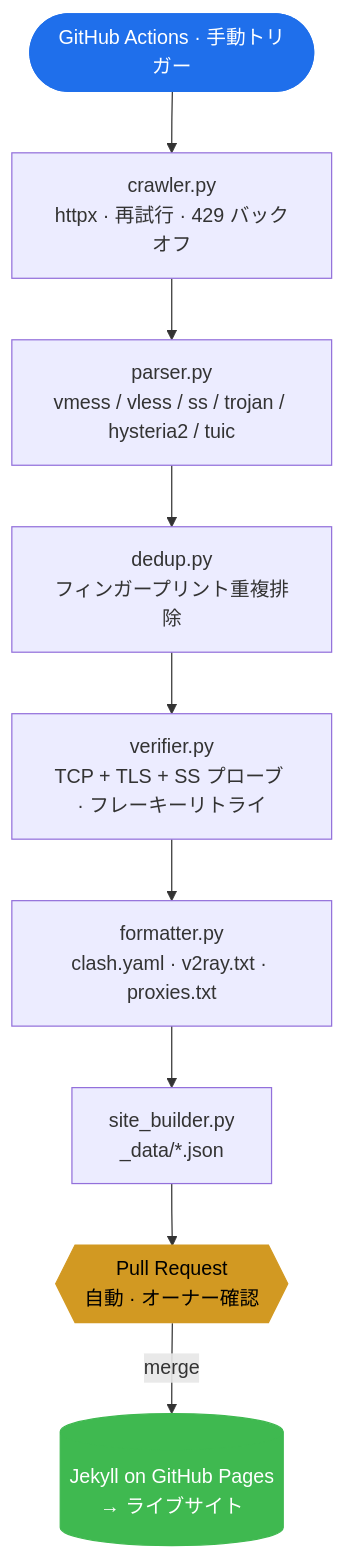
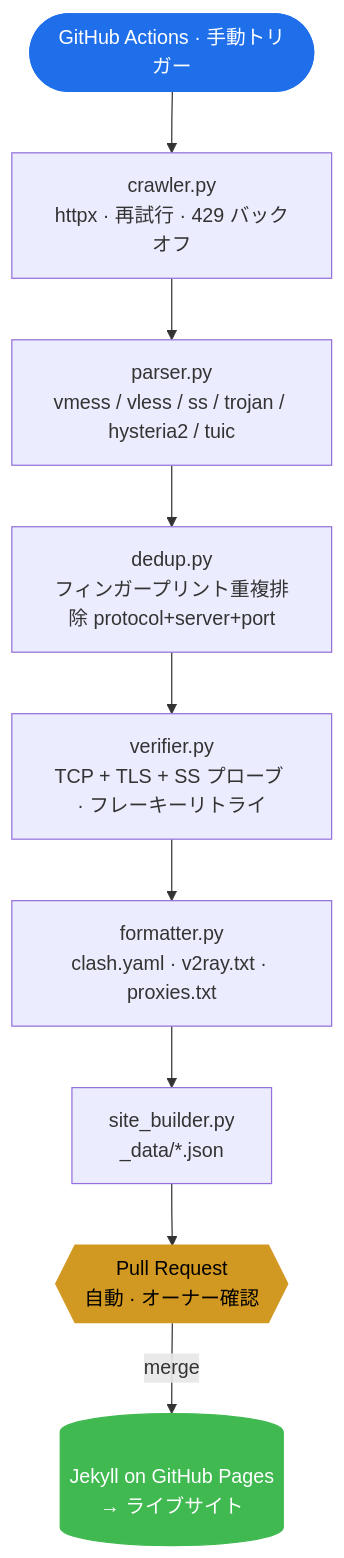
The diagram in README.ja.md (weed33834/freenode), drawn with Mermaid before and after one commit. The commit also changed other lines of this file and 2 other files, not shown here.

````diff
--- a/README.ja.md
+++ b/README.ja.md
@@ -39,16 +44,16 @@
 ```mermaid
 flowchart TD
     trigger([GitHub Actions · 手動トリガー])
     trigger --> crawl[crawler.py<br/>httpx · 再試行 · 429 バックオフ]
     crawl --> parse[parser.py<br/>vmess / vless / ss / trojan / hysteria2 / tuic]
-    parse --> dedup[dedup.py<br/>フィンガープリント重複排除]
+    parse --> dedup[dedup.py<br/>フィンガープリント重複排除 protocol+server+port]
     dedup --> verify[verifier.py<br/>TCP + TLS + SS プローブ · フレーキーリトライ]
     verify --> format[formatter.py<br/>clash.yaml · v2ray.txt · proxies.txt]
     format --> build[site_builder.py<br/>_data/*.json]
     build --> pr{{Pull Request<br/>自動 · オーナー確認}}
     pr -->|merge| pages[(Jekyll on GitHub Pages<br/>→ ライブサイト)]
 
     style trigger fill:#1f6feb,stroke:#1f6feb,color:#fff
     style pages fill:#3fb950,stroke:#3fb950,color:#fff
     style pr fill:#d29922,stroke:#d29922,color:#000
 ```
````
